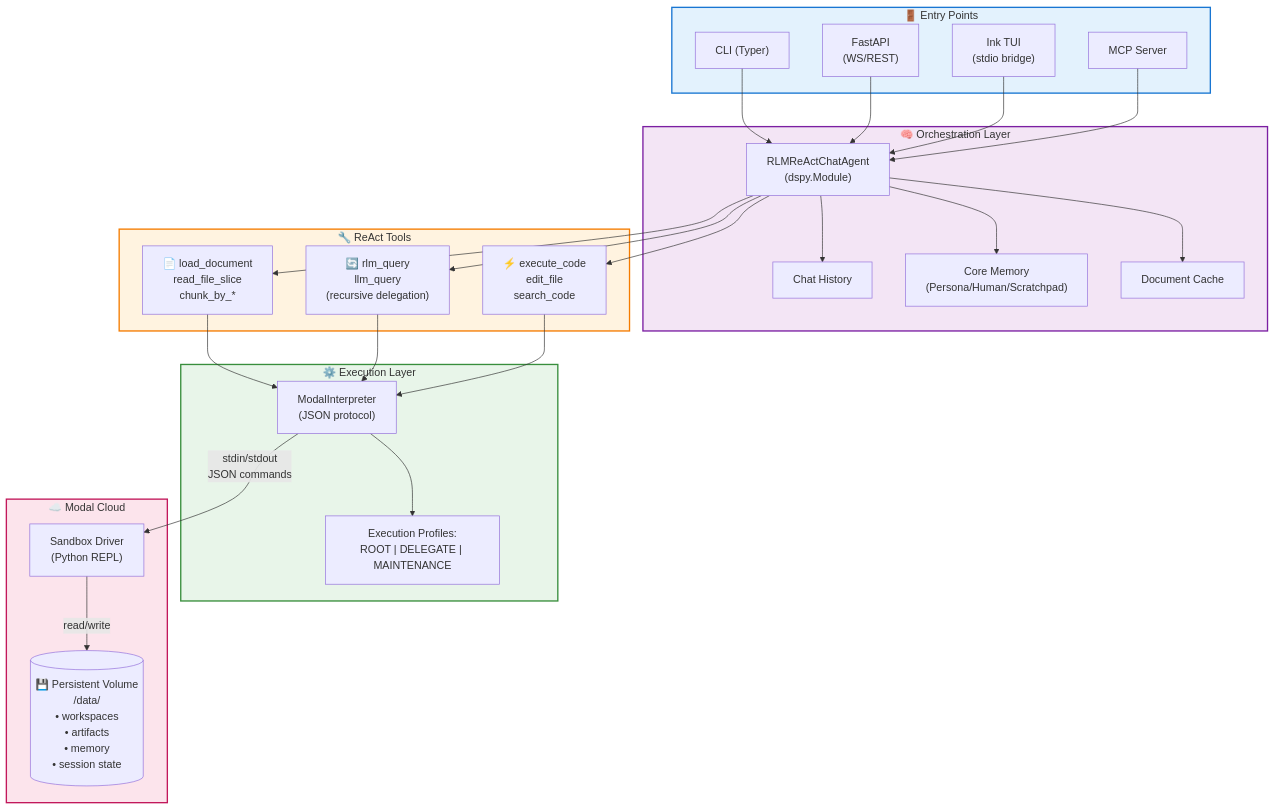
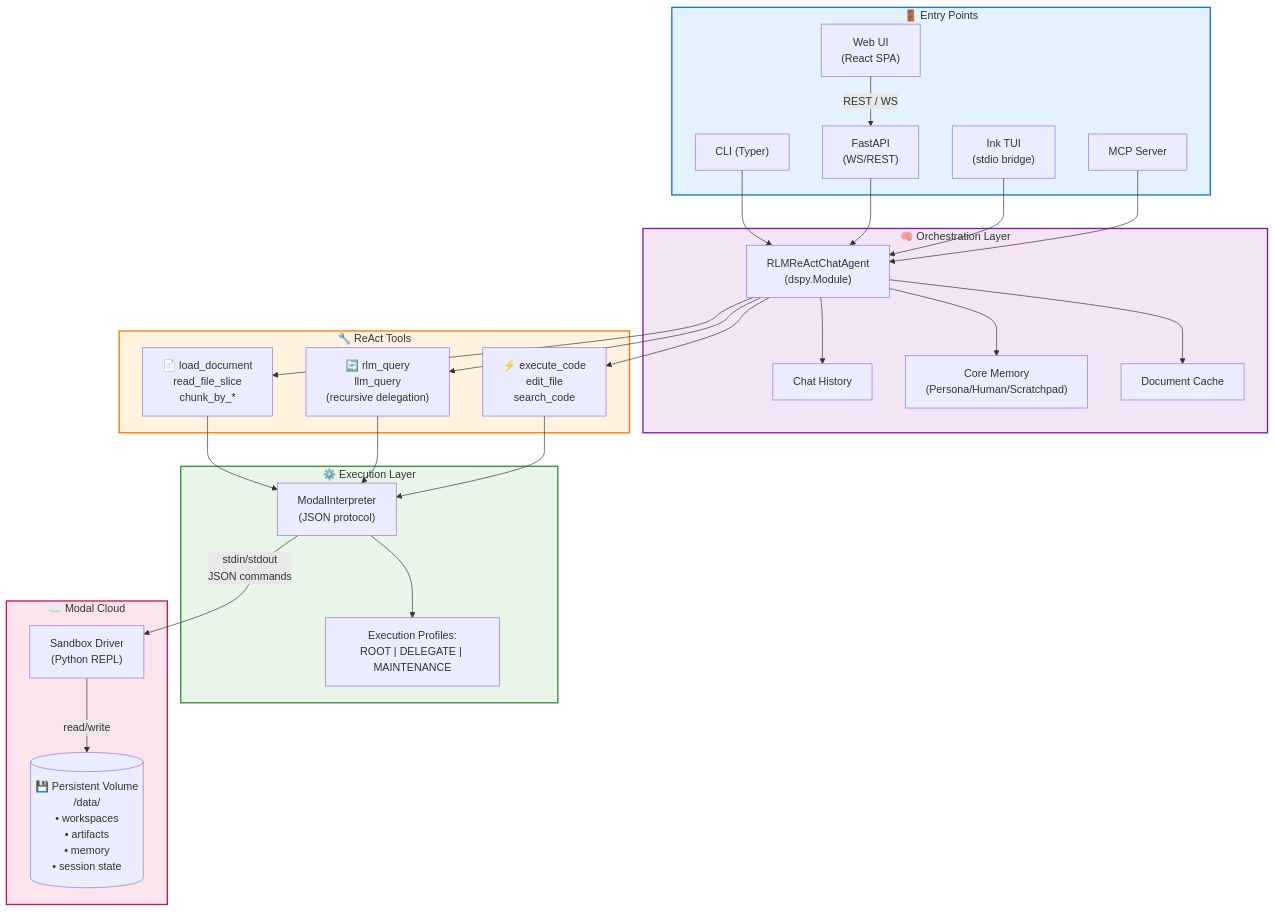
The diagram in README.md (Qredence/fleet-rlm), drawn with Mermaid before and after one commit. The commit also changed other lines of this file and 153 other files, not shown here.

````diff
--- a/README.md
+++ b/README.md
@@ -20,59 +20,61 @@
 ```mermaid
 graph TB
     subgraph entry ["🚪 Entry Points"]
         CLI["CLI (Typer)"]
+        WebUI["Web UI<br/>(React SPA)"]
         API["FastAPI<br/>(WS/REST)"]
         TUI["Ink TUI<br/>(stdio bridge)"]
         MCP["MCP Server"]
     end
 
     subgraph orchestration ["🧠 Orchestration Layer"]
         Agent["RLMReActChatAgent<br/>(dspy.Module)"]
         History["Chat History"]
         Memory["Core Memory<br/>(Persona/Human/Scratchpad)"]
         DocCache["Document Cache"]
     end
 
     subgraph tools ["🔧 ReAct Tools"]
         DocTools["📄 load_document<br/>read_file_slice<br/>chunk_by_*"]
         RecursiveTools["🔄 rlm_query<br/>llm_query<br/>(recursive delegation)"]
         ExecTools["⚡ execute_code<br/>edit_file<br/>search_code"]
     end
 
     subgraph execution ["⚙️ Execution Layer"]
         Interpreter["ModalInterpreter<br/>(JSON protocol)"]
         Profiles["Execution Profiles:<br/>ROOT | DELEGATE | MAINTENANCE"]
     end
 
     subgraph cloud ["☁️ Modal Cloud"]
         Sandbox["Sandbox Driver<br/>(Python REPL)"]
         Volume[("💾 Persistent Volume<br/>/data/<br/>• workspaces<br/>• artifacts<br/>• memory<br/>• session state")]
     end
 
+    WebUI -->|"REST / WS"| API
     CLI --> Agent
     API --> Agent
     TUI --> Agent
     MCP --> Agent
 
     Agent --> History
     Agent --> Memory
     Agent --> DocCache
 
     Agent --> DocTools
     Agent --> RecursiveTools
     Agent --> ExecTools
 
     DocTools --> Interpreter
     RecursiveTools --> Interpreter
     ExecTools --> Interpreter
 
     Interpreter --> Profiles
     Interpreter -->|"stdin/stdout<br/>JSON commands"| Sandbox
     Sandbox -->|"read/write"| Volume
 
     style entry fill:#e3f2fd,stroke:#1976d2,stroke-width:2px
     style orchestration fill:#f3e5f5,stroke:#7b1fa2,stroke-width:2px
     style tools fill:#fff3e0,stroke:#f57c00,stroke-width:2px
     style execution fill:#e8f5e9,stroke:#388e3c,stroke-width:2px
     style cloud fill:#fce4ec,stroke:#c2185b,stroke-width:2px
 ```
````
